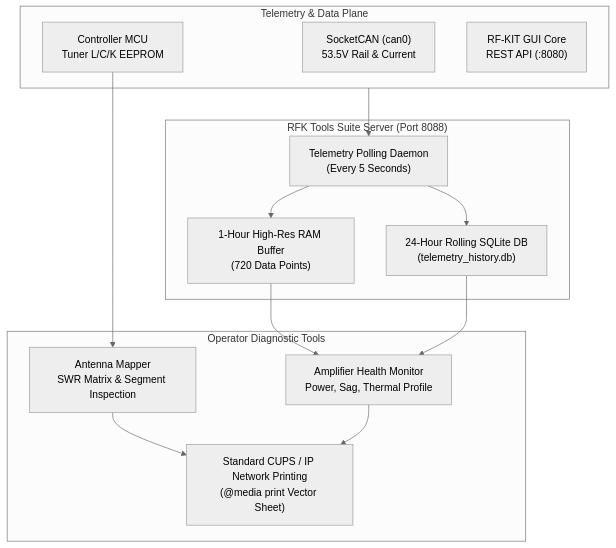
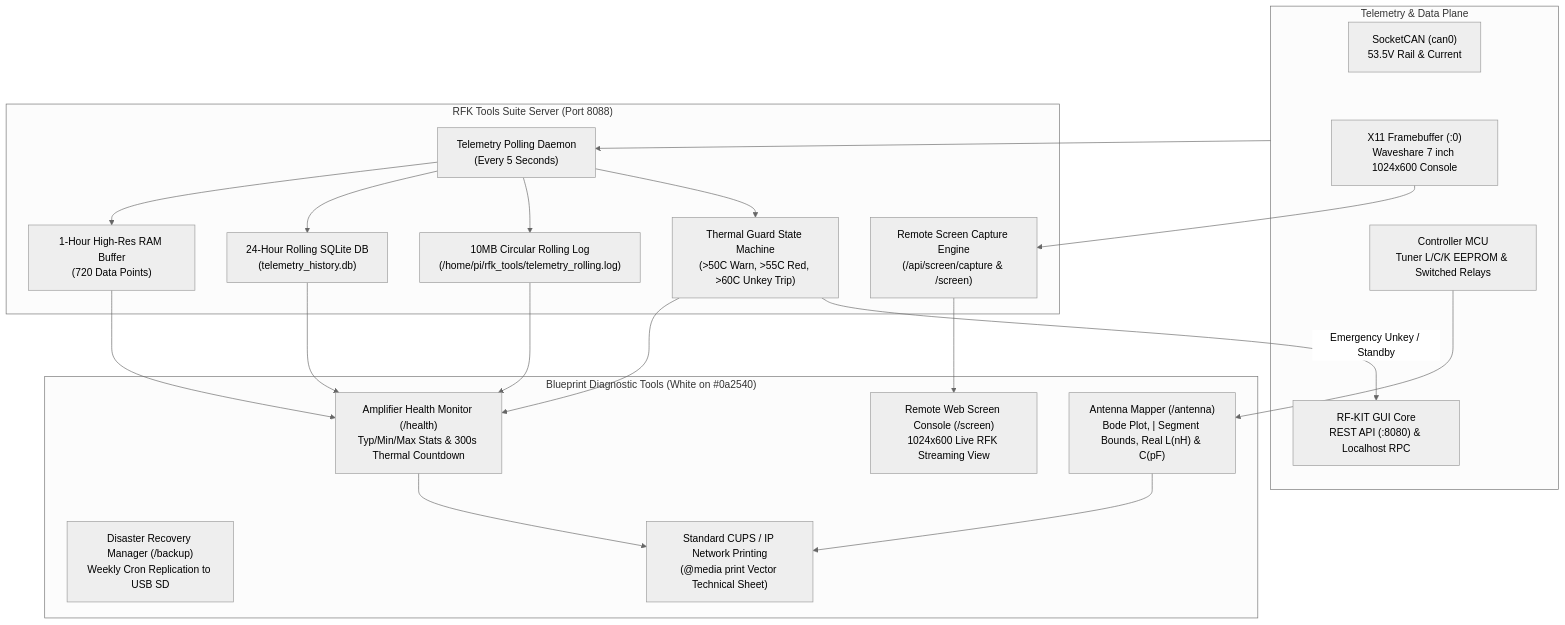
One commit to jbirdlebough1/JRFKTools changed the tenth of 14 diagrams in docs/JRFK_EM.md. Above: the diagram before and after it, drawn with Mermaid (neutral theme). The commit also changed other lines of this file and 12 other files, not shown here.

Commit message:
feat(docs+tools): User's Guide (PDF+HTML), Blueprint format, thermal trip with 300s countdown, antenna segments with | boundaries, physical L/C, 10MB circular log, and live web screen viewer

````diff
--- a/docs/JRFK_EM.md
+++ b/docs/JRFK_EM.md
@@ -1217,26 +1219,39 @@
 ```mermaid
 flowchart TD
     subgraph DataSources ["Telemetry & Data Plane"]
         CAN["SocketCAN (can0)<br/>53.5V Rail & Current"]
-        MCU["Controller MCU<br/>Tuner L/C/K EEPROM"]
-        RFK["RF-KIT GUI Core<br/>REST API (:8080)"]
+        MCU["Controller MCU<br/>Tuner L/C/K EEPROM & Switched Relays"]
+        RFK["RF-KIT GUI Core<br/>REST API (:8080) & Localhost RPC"]
+        DISP["X11 Framebuffer (:0)<br/>Waveshare 7 inch 1024x600 Console"]
     end
     subgraph ToolsServer ["RFK Tools Suite Server (Port 8088)"]
         Daemon["Telemetry Polling Daemon<br/>(Every 5 Seconds)"]
         RingBuf["1-Hour High-Res RAM Buffer<br/>(720 Data Points)"]
         SQLite["24-Hour Rolling SQLite DB<br/>(telemetry_history.db)"]
+        CircLog["10MB Circular Rolling Log<br/>(/home/pi/rfk_tools/telemetry_rolling.log)"]
+        ThermGuard["Thermal Guard State Machine<br/>(>50C Warn, >55C Red, >60C Unkey Trip)"]
+        ScreenAPI["Remote Screen Capture Engine<br/>(/api/screen/capture & /screen)"]
     end
-    subgraph UserInterface ["Operator Diagnostic Tools"]
-        Mapper["Antenna Mapper<br/>SWR Matrix & Segment Inspection"]
-        Health["Amplifier Health Monitor<br/>Power, Sag, Thermal Profile"]
-        Print["Standard CUPS / IP Network Printing<br/>(@media print Vector Sheet)"]
+    subgraph UserInterface ["Blueprint Diagnostic Tools (White on #0a2540)"]
+        Mapper["Antenna Mapper (/antenna)<br/>Bode Plot, | Segment Bounds, Real L(nH) & C(pF)"]
+        Health["Amplifier Health Monitor (/health)<br/>Typ/Min/Max Stats & 300s Thermal Countdown"]
+        ScreenViewer["Remote Web Screen Console (/screen)<br/>1024x600 Live RFK Streaming View"]
+        Backup["Disaster Recovery Manager (/backup)<br/>Weekly Cron Replication to USB SD"]
+        Print["Standard CUPS / IP Network Printing<br/>(@media print Vector Technical Sheet)"]
     end
     DataSources --> Daemon
+    DISP --> ScreenAPI
     Daemon --> RingBuf
     Daemon --> SQLite
+    Daemon --> CircLog
+    Daemon --> ThermGuard
     RingBuf --> Health
     SQLite --> Health
+    CircLog --> Health
+    ThermGuard --> Health
+    ThermGuard -->|Emergency Unkey / Standby| RFK
     MCU --> Mapper
+    ScreenAPI --> ScreenViewer
     Mapper --> Print
     Health --> Print
 ```
````
